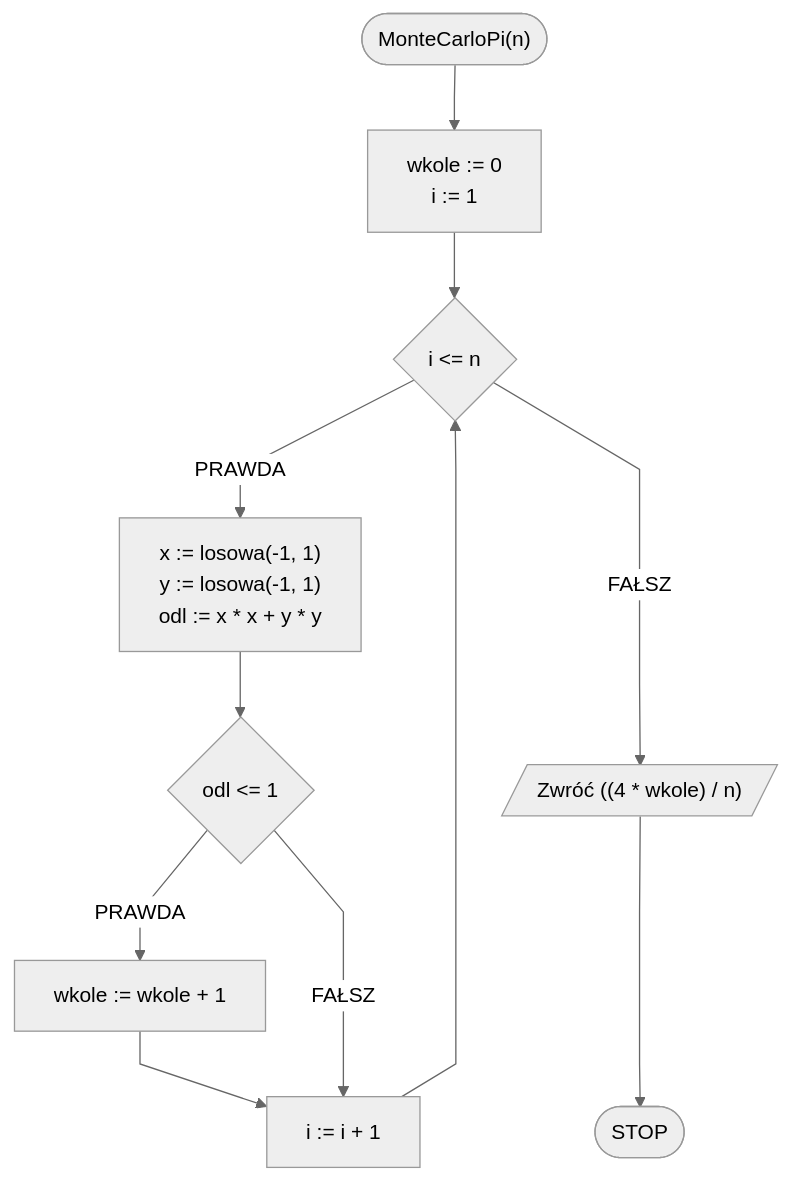
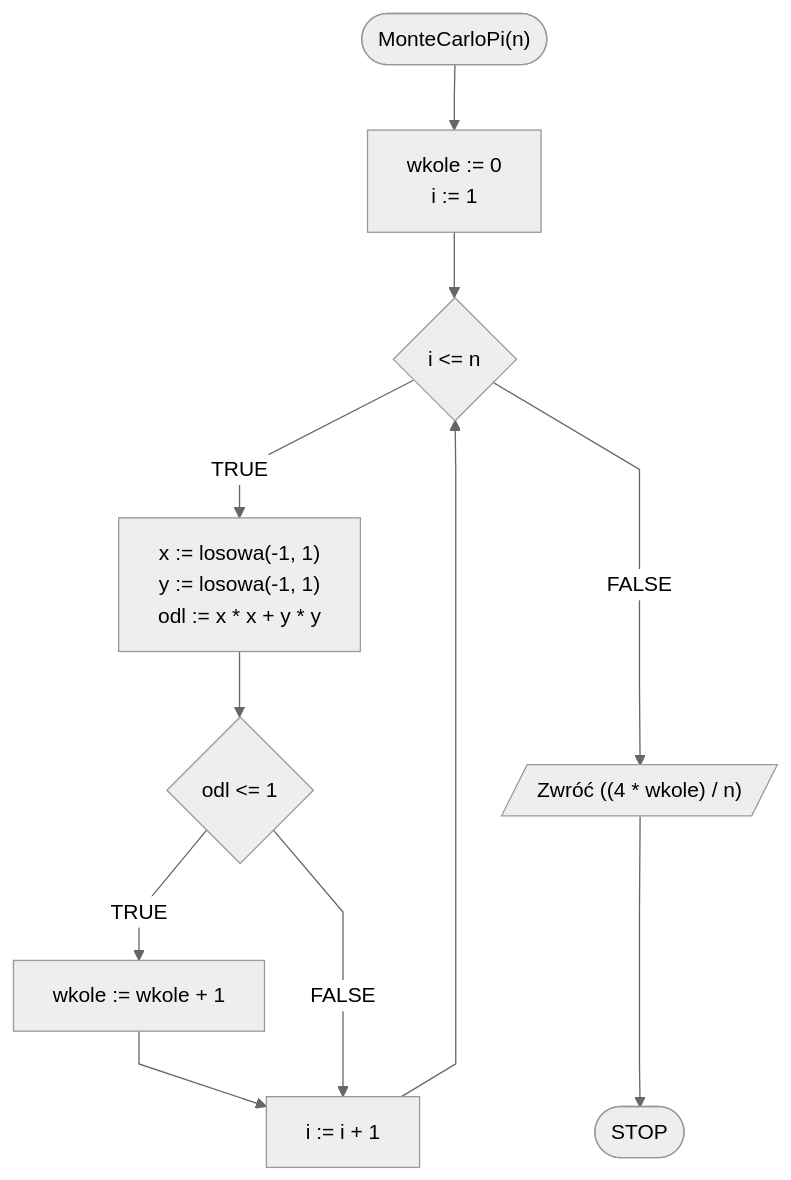
Before and after one commit to blackbat13/edu-cs-htiew-en: the diagram in docs/algorithms/numerical-methods/monte-carlo.md, drawn with Mermaid. The commit also changed other lines of this file and 682 other files, not shown here.

````diff
--- a/docs/algorithms/numerical-methods/monte-carlo.md
+++ b/docs/algorithms/numerical-methods/monte-carlo.md
@@ -64,17 +64,17 @@
 ```mermaid
 %%{init: {"flowchart": {"curve": "linear"}, "theme": "neutral"} }%%
 flowchart TD
 	START(["MonteCarloPi(n)"]) --> K1["wkole := 0
     i := 1"]
 	K1 --> K2{i <= n}
-	K2 -- PRAWDA --> K3["x := losowa(-1, 1)
+	K2 -- TRUE --> K3["x := losowa(-1, 1)
     y := losowa(-1, 1)
     odl := x * x + y * y"]
 	K3 --> K6{odl <= 1}
-	K6 -- PRAWDA --> K7[wkole := wkole + 1]
+	K6 -- TRUE --> K7[wkole := wkole + 1]
 	K7 --> K2i[i := i + 1]
-	K6 -- FAŁSZ --> K2i
+	K6 -- FALSE --> K2i
 	K2i --> K2
-	K2 -- FAŁSZ ---> K8[/"Zwróć ((4 * wkole) / n)"/]
+	K2 -- FALSE ---> K8[/"Zwróć ((4 * wkole) / n)"/]
 	K8 ---> STOP([STOP])
 ```
````
